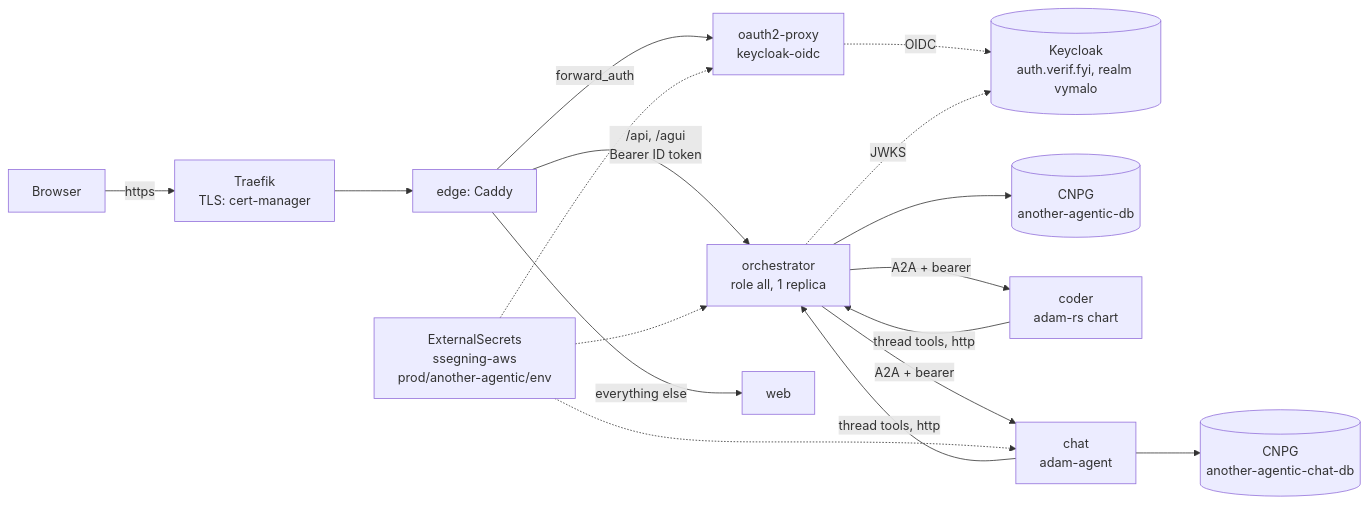
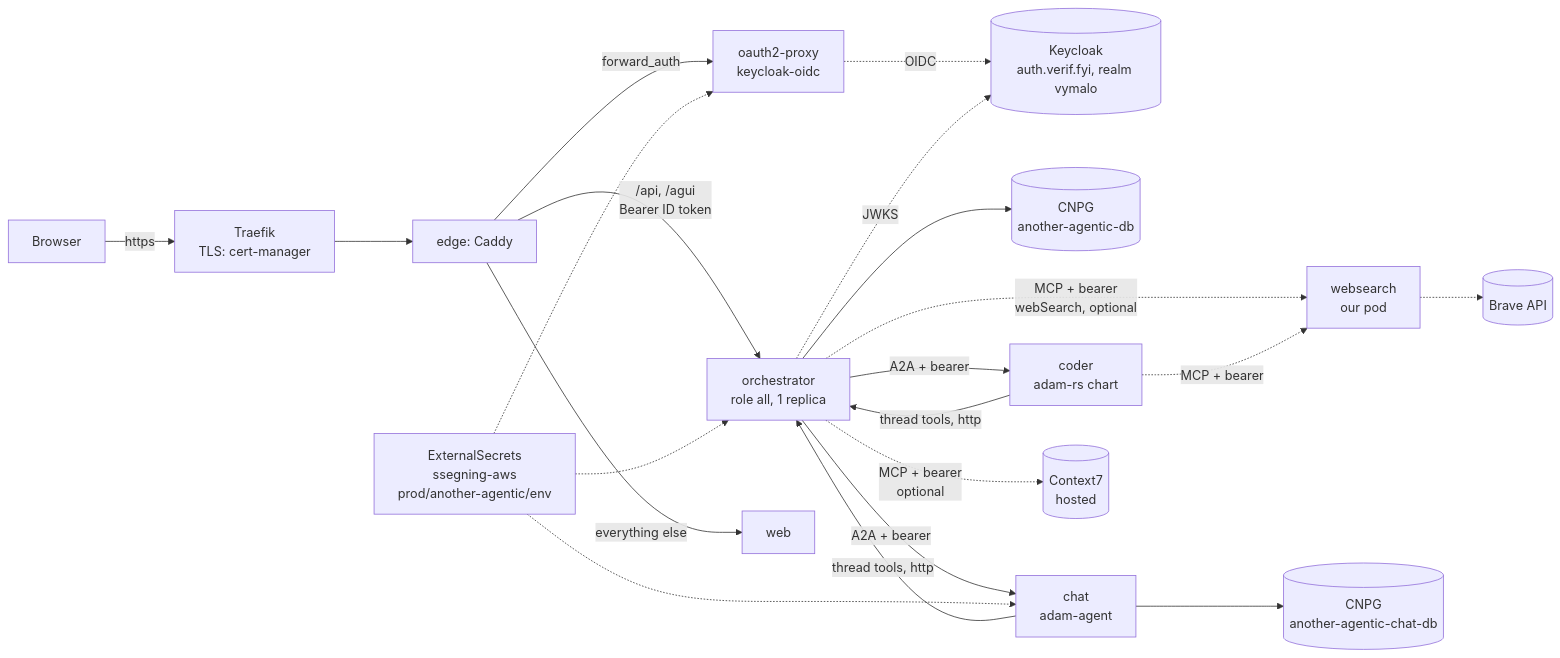
One commit to vymalo/another-agentic-system changed the first of 3 diagrams in deploy/chart/README.md. Above: the diagram before and after it, drawn with Mermaid. The commit also changed other lines of this file and 16 other files, not shown here.

First line of the commit message:
feat(chart): web search on Brave and Context7 as attachable tools (#180)

````diff
--- a/deploy/chart/README.md
+++ b/deploy/chart/README.md
@@ -11,17 +11,21 @@
 ```mermaid
 flowchart LR
   B[Browser] -->|https| T[Traefik<br/>TLS: cert-manager]
   T --> E[edge: Caddy]
   E -->|forward_auth| P[oauth2-proxy<br/>keycloak-oidc]
   P -. OIDC .-> K[(Keycloak<br/>auth.verif.fyi, realm vymalo)]
   E -->|/api, /agui<br/>Bearer ID token| O[orchestrator<br/>role all, 1 replica]
   E -->|everything else| W[web]
   O -. JWKS .-> K
   O --> PG[(CNPG<br/>another-agentic-db)]
   O -->|A2A + bearer| C[coder<br/>adam-rs chart]
   O -->|A2A + bearer| CH[chat<br/>adam-agent]
   C -->|thread tools, http| O
+  O -. "MCP + bearer<br/>webSearch, optional" .-> S[websearch<br/>our pod]
+  C -. MCP + bearer .-> S
+  S -.-> BR[(Brave API)]
+  O -. "MCP + bearer<br/>optional" .-> C7[(Context7<br/>hosted)]
   CH --> CPG[(CNPG<br/>another-agentic-chat-db)]
   CH -->|thread tools, http| O
   ES[ExternalSecrets<br/>ssegning-aws<br/>prod/another-agentic/env] -.-> O & P & CH
 ```
````
